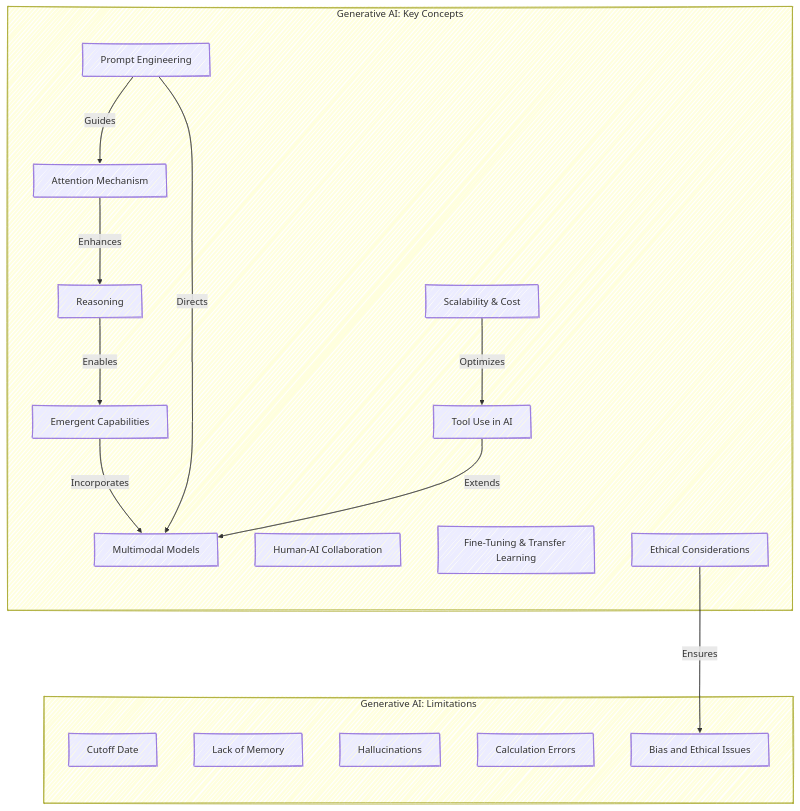
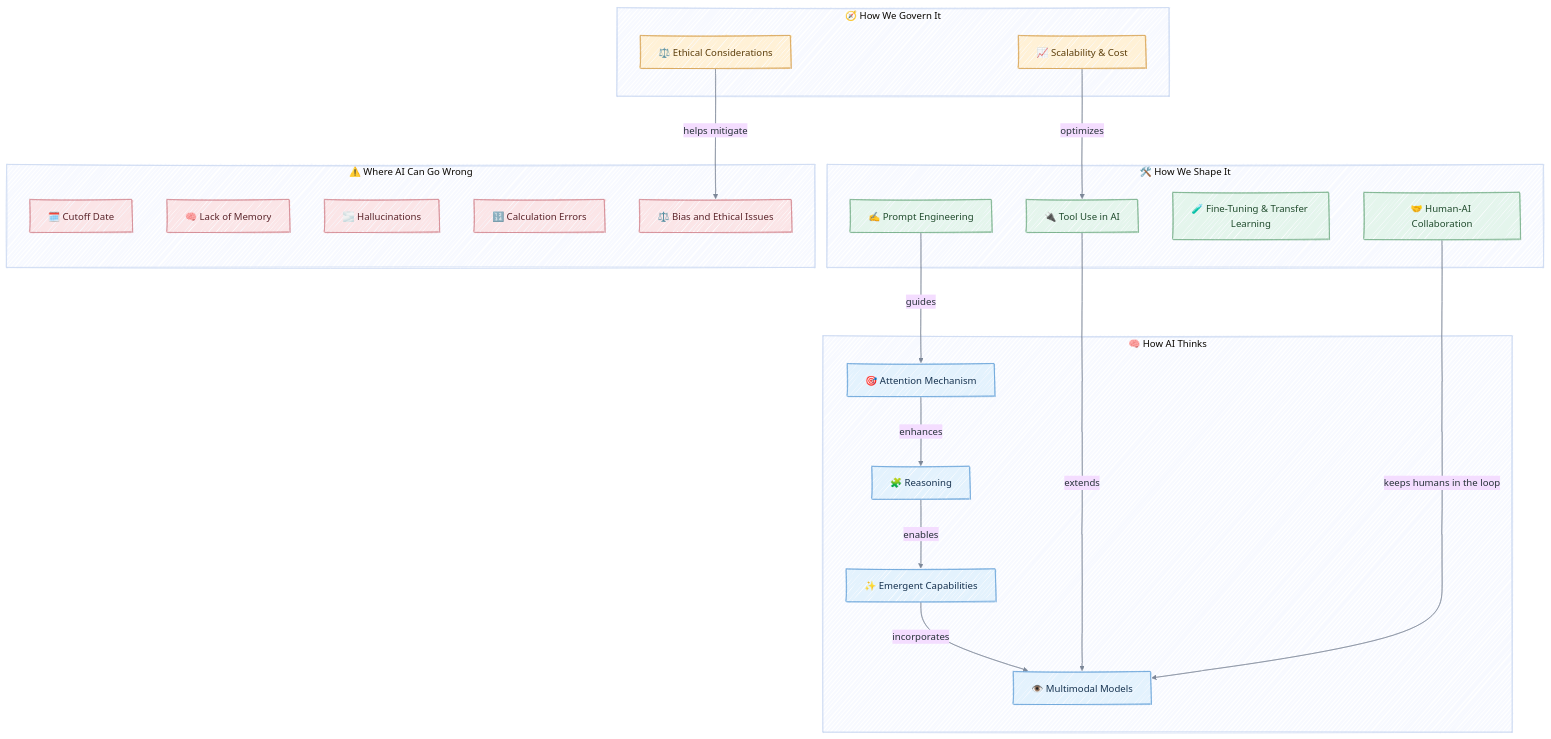
The diagram in _posts/2025-05-17-generative-ai-concepts.md (enogrob/enogrob.github.io), drawn with Mermaid before and after one commit. The commit also changed 12 other files, not shown here.

````diff
--- a/_posts/2025-05-17-generative-ai-concepts.md
+++ b/_posts/2025-05-17-generative-ai-concepts.md
@@ -140,33 +140,48 @@
 ```mermaid!
-%%{init: {"theme": "default", "look": "handDrawn", "flowchart": {"nodeSpacing": 60, "rankSpacing": 120}}}%%
-graph TD
-    subgraph Key_Concepts [Generative AI: Key Concepts]
-        Attention["Attention Mechanism"]
-        Reasoning["Reasoning"]
-        Emergence["Emergent Capabilities"]
-        PromptEng["Prompt Engineering"]
-        Multimodal["Multimodal Models"]
-        Collaboration["Human-AI Collaboration"]
-        FineTuning["Fine-Tuning & Transfer Learning"]
-        Tools["Tool Use in AI"]
-        Ethics["Ethical Considerations"]
-        Scalability["Scalability & Cost"]
+%%{init: {"theme": "base", "look": "handDrawn", "themeVariables": {"fontFamily": "ui-sans-serif, system-ui, sans-serif", "lineColor": "#7c8798", "primaryTextColor": "#263238"}, "flowchart": {"nodeSpacing": 55, "rankSpacing": 90}}}%%
+flowchart TD
+    subgraph Foundations[🧠 How AI Thinks]
+        Attention["🎯 Attention Mechanism"]
+        Reasoning["🧩 Reasoning"]
+        Emergence["✨ Emergent Capabilities"]
+        Multimodal["👁️ Multimodal Models"]
     end
 
-    subgraph Limitations [Generative AI: Limitations]
-        Cutoff["Cutoff Date"]
-        Memory["Lack of Memory"]
-        Hallucination["Hallucinations"]
-        Calculation["Calculation Errors"]
-        Bias["Bias and Ethical Issues"]
+    subgraph Practice[🛠️ How We Shape It]
+        PromptEng["✍️ Prompt Engineering"]
+        Tools["🔌 Tool Use in AI"]
+        FineTuning["🧪 Fine-Tuning & Transfer Learning"]
+        Collaboration["🤝 Human-AI Collaboration"]
     end
 
-    Attention -- "Enhances" --> Reasoning
-    Reasoning -- "Enables" --> Emergence
-    Emergence -- "Incorporates" --> Multimodal
-    PromptEng -- "Guides" --> Attention
-    PromptEng -- "Directs" --> Multimodal
-    Tools -- "Extends" --> Multimodal
-    Ethics -- "Ensures" --> Bias
-    Scalability -- "Optimizes" --> Tools
+    subgraph Stewardship[🧭 How We Govern It]
+        Ethics["⚖️ Ethical Considerations"]
+        Scalability["📈 Scalability & Cost"]
+    end
+
+    subgraph Limitations[⚠️ Where AI Can Go Wrong]
+        Cutoff["🗓️ Cutoff Date"]
+        Memory["🧠 Lack of Memory"]
+        Hallucination["🌫️ Hallucinations"]
+        Calculation["🔢 Calculation Errors"]
+        Bias["⚖️ Bias and Ethical Issues"]
+    end
+
+    PromptEng -->|guides| Attention
+    Attention -->|enhances| Reasoning
+    Reasoning -->|enables| Emergence
+    Emergence -->|incorporates| Multimodal
+    Tools -->|extends| Multimodal
+    Scalability -->|optimizes| Tools
+    Ethics -->|helps mitigate| Bias
+    Collaboration -->|keeps humans in the loop| Multimodal
+
+    classDef foundation fill:#e3f2fd,stroke:#5b9bd5,color:#16324f,stroke-width:1px
+    classDef practice fill:#e4f5ec,stroke:#68a77d,color:#204b2d,stroke-width:1px
+    classDef stewardship fill:#fff1d6,stroke:#d39b45,color:#5b3d0b,stroke-width:1px
+    classDef limitation fill:#fbe5e7,stroke:#cf7d86,color:#5b252b,stroke-width:1px
+    class Attention,Reasoning,Emergence,Multimodal foundation
+    class PromptEng,Tools,FineTuning,Collaboration practice
+    class Ethics,Scalability stewardship
+    class Cutoff,Memory,Hallucination,Calculation,Bias limitation
 ```
````
